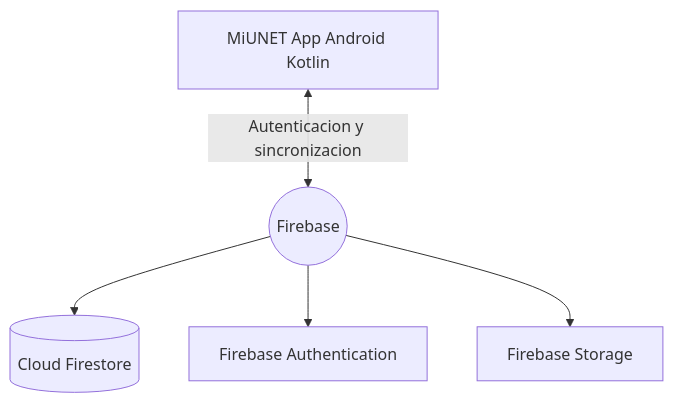
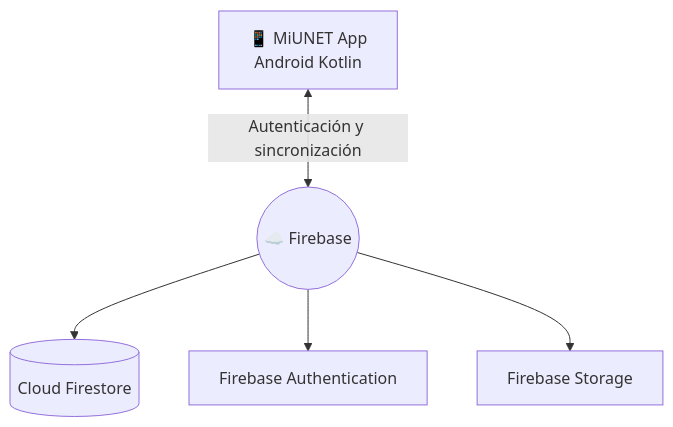
The first of 2 diagrams in README.md (JuanD-2005/MiUNET-APP), drawn with Mermaid before and after one commit. The commit also changed other lines of this file, not shown here.

````diff
--- a/README.md
+++ b/README.md
@@ -68,7 +65,7 @@
 ```mermaid
 graph TD
-    A[MiUNET App Android Kotlin] <-->|Autenticacion y sincronizacion| B((Firebase))
+    A[📱 MiUNET App <br> Android Kotlin] <-->|Autenticación y sincronización| B((☁️ Firebase))
     B --> C[(Cloud Firestore)]
     B --> D[Firebase Authentication]
     B --> E[Firebase Storage]
 ```
````
